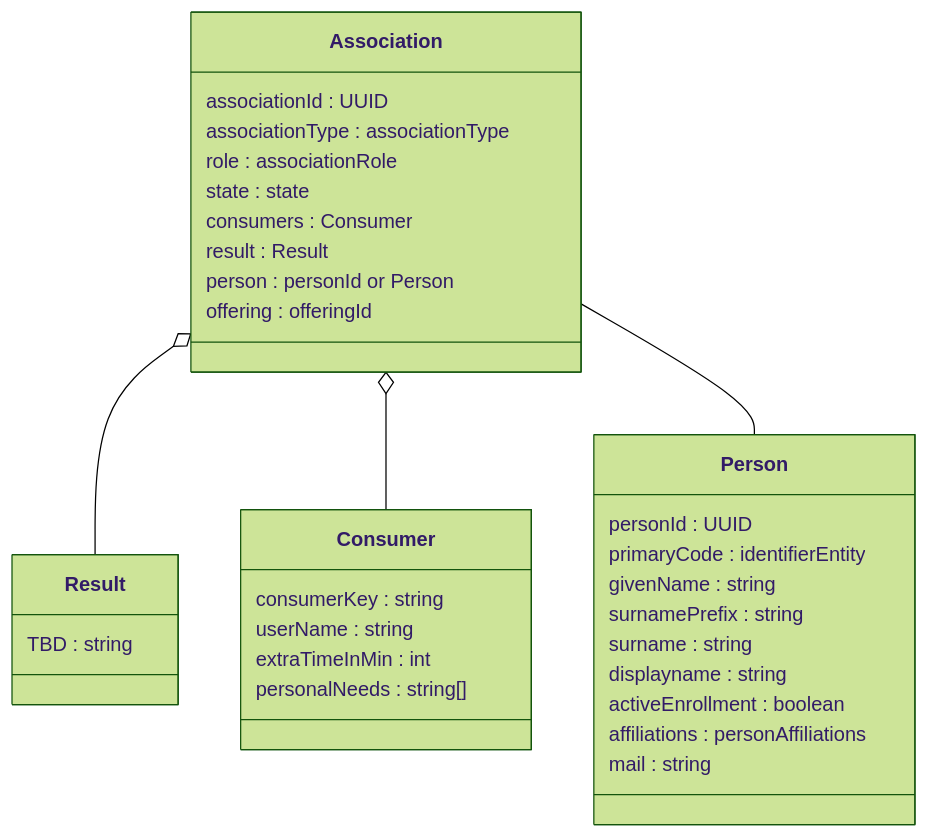
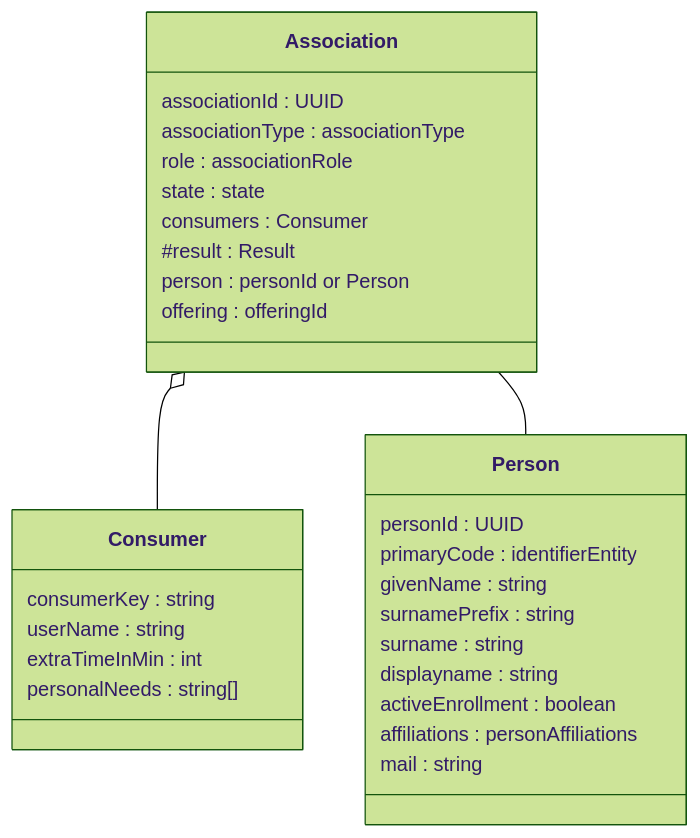
The fourth of 8 diagrams in doc/flow2.md (NetwerkExamineringDigitalisering/NED-OOAPI), drawn with Mermaid (forest theme) before and after one commit. The commit also changed other lines of this file, not shown here.

Commit message:
Update flow2.md
Deleted Result from 2.2 class diagram

````diff
--- a/doc/flow2.md
+++ b/doc/flow2.md
@@ -134,36 +134,32 @@
 ```mermaid
 classDiagram
     class Association {
     	associationId : UUID
 	associationType : associationType
 	role : associationRole
 	state : state
 	consumers : Consumer
-	result : Result
+#	result : Result
 	person : personId or Person
 	offering : offeringId
     }
     class Consumer {
     	consumerKey : string
 	userName : string
 	extraTimeInMin : int
 	personalNeeds : string[]
-    }
-    class Result {
-    	TBD : string
     }
     class Person {
 	personId : UUID
 	primaryCode : identifierEntity
 	givenName : string
 	surnamePrefix : string 
 	surname : string
 	displayname : string
 	activeEnrollment : boolean 
 	affiliations : personAffiliations
 	mail : string
     }
-    Association o-- Result
     Association o-- Consumer
     Association -- Person
 ```
````
